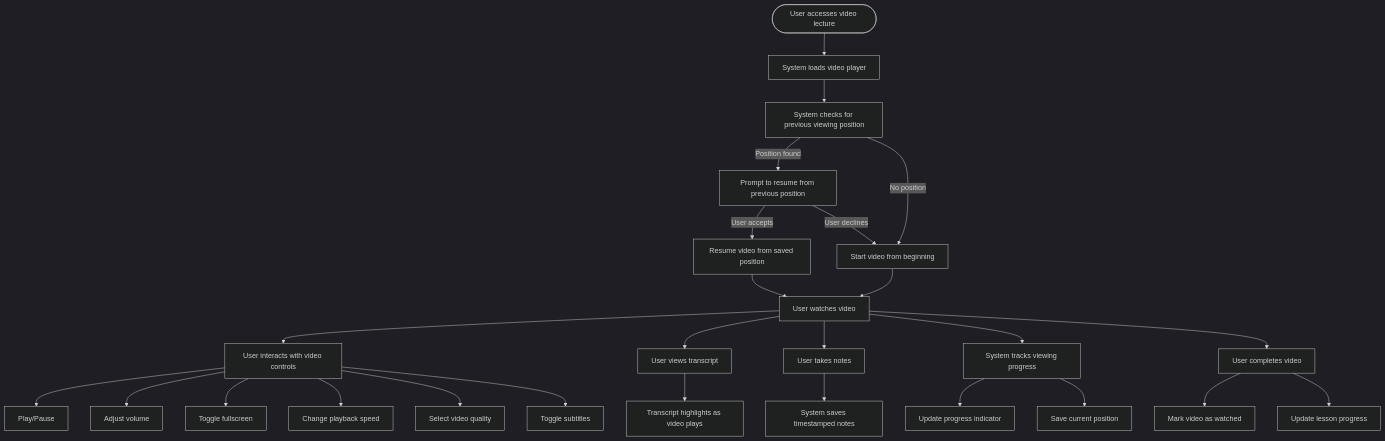
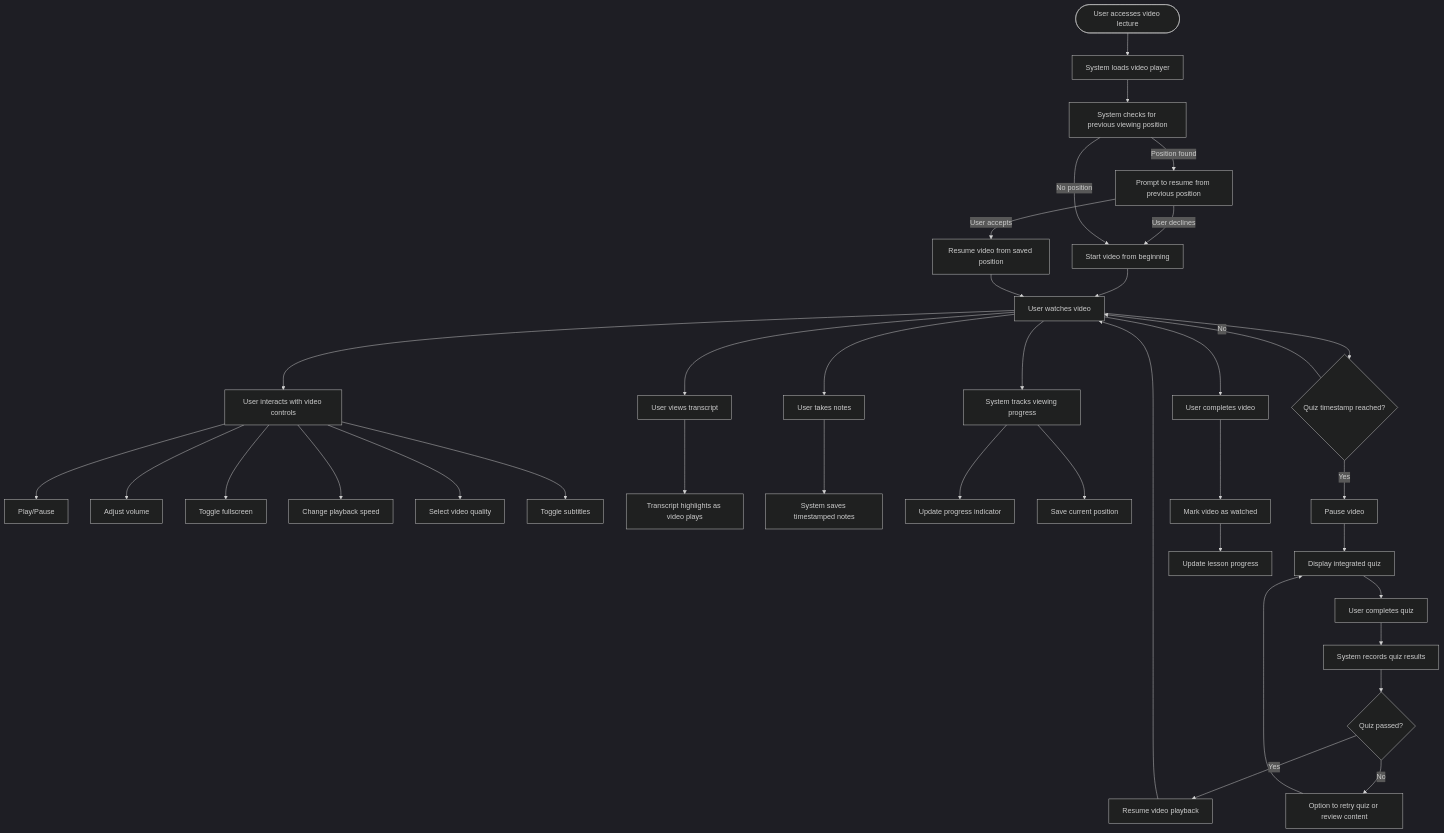
The diagram in epic8-lesson-experience/us8.2-video-lecture-experience.md (tridungbk2010/efis-userstories), drawn with Mermaid (dark theme) before and after one commit. The commit also changed other lines of this file and 9 other files, not shown here.

````diff
--- a/epic8-lesson-experience/us8.2-video-lecture-experience.md
+++ b/epic8-lesson-experience/us8.2-video-lecture-experience.md
@@ -28,35 +32,48 @@
 ```mermaid
 flowchart TD
     A([User accesses video lecture]) --> B[System loads video player]
     B --> C[System checks for previous viewing position]
 
     C -- "Position found" --> D[Prompt to resume from previous position]
     D -- "User accepts" --> E[Resume video from saved position]
     D -- "User declines" --> F[Start video from beginning]
     C -- "No position" --> F
 
     F --> G[User watches video]
     E --> G
 
     G --> H[User interacts with video controls]
     H --> I[Play/Pause]
     H --> J[Adjust volume]
     H --> K[Toggle fullscreen]
     H --> L[Change playback speed]
     H --> M[Select video quality]
     H --> N[Toggle subtitles]
 
     G --> O[User views transcript]
     O --> P[Transcript highlights as video plays]
 
     G --> Q[User takes notes]
     Q --> R[System saves timestamped notes]
 
     G --> S[System tracks viewing progress]
     S --> T[Update progress indicator]
     S --> U[Save current position]
 
-    G --> V[User completes video]
-    V --> W[Mark video as watched]
-    V --> X[Update lesson progress]
+    G --> V{Quiz timestamp reached?}
+    V -- Yes --> W[Pause video]
+    W --> X[Display integrated quiz]
+    X --> Y[User completes quiz]
+    Y --> Z[System records quiz results]
+    Z --> AA{Quiz passed?}
+    AA -- Yes --> AB[Resume video playback]
+    AB --> G
+    AA -- No --> AC[Option to retry quiz or review content]
+    AC --> X
+
+    V -- No --> G
+
+    G --> AD[User completes video]
+    AD --> AE[Mark video as watched]
+    AE --> AF[Update lesson progress]
 ```
````
